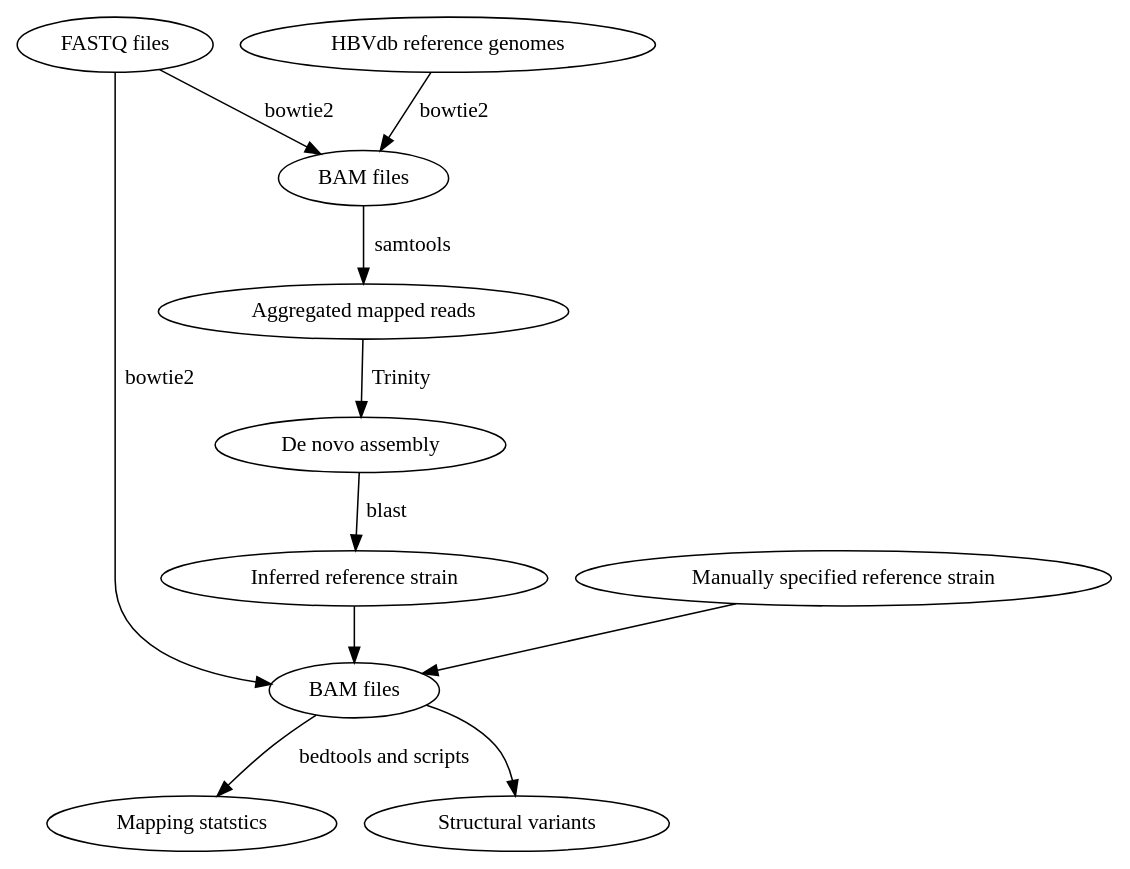
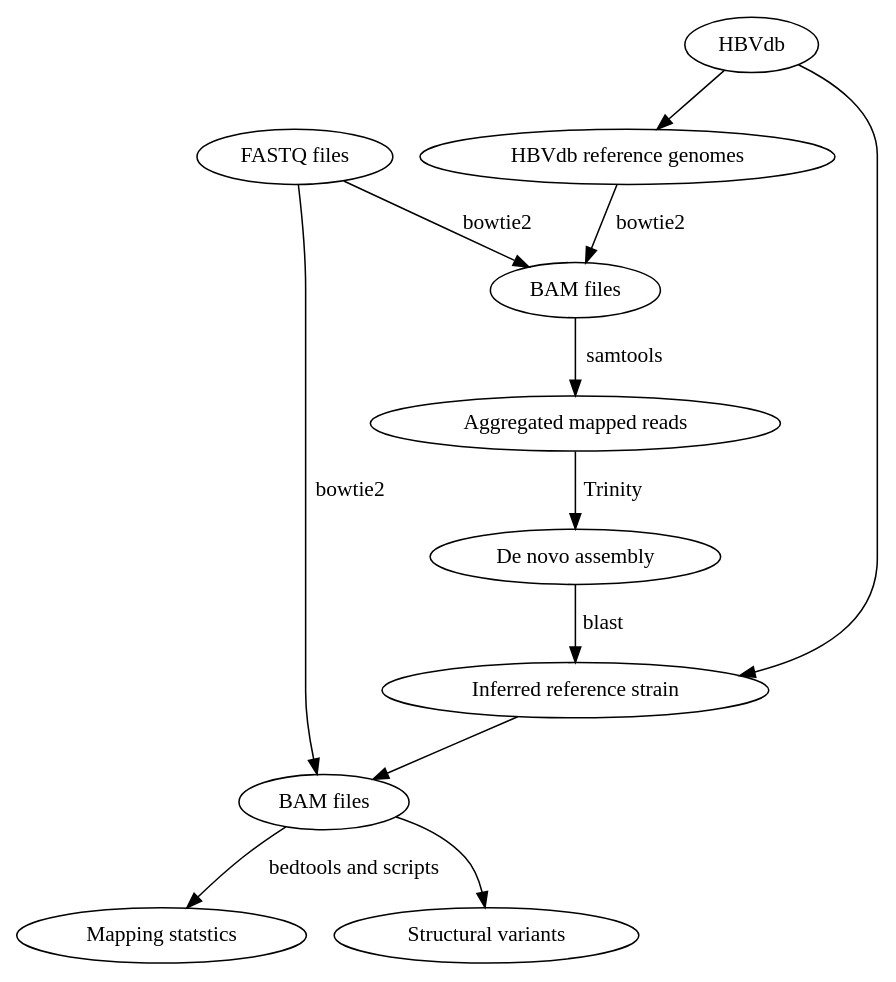
The diagram in gv/HBVouroboros.gv (bedapub/HBVouroboros), drawn with Graphviz before and after one commit.

Commit message:
remove manual reference for now

```diff
--- a/gv/HBVouroboros.gv
+++ b/gv/HBVouroboros.gv
@@ -1,28 +1,29 @@
 digraph HBVouroboros {
 
    fq [label="FASTQ files"]
+   hbvdb [label="HBVdb"]
    HBVrefs [label="HBVdb reference genomes"]
    refbams [label="BAM files"]
    aggmapreads [label="Aggregated mapped reads"]
    assembly [label="De novo assembly"]
    infref [label="Inferred reference strain"]
-
-   manref [label="Manually specified reference strain"]
    
    bam [label="BAM files"]
    mappingstat [label="Mapping statstics"]
    structvar [label="Structural variants"]
+
+   hbvdb -> HBVrefs
+   hbvdb -> infref
 
    fq -> refbams [label="bowtie2"]
    HBVrefs -> refbams [label="bowtie2"]
    refbams -> aggmapreads [label="samtools"]
    aggmapreads -> assembly [label="Trinity"]
    assembly -> infref [label="blast"]
    
    infref -> bam
-   manref -> bam
    fq -> bam [label="bowtie2"]
    bam -> mappingstat [label="bedtools and scripts"]
    bam -> structvar
    
 }
```
